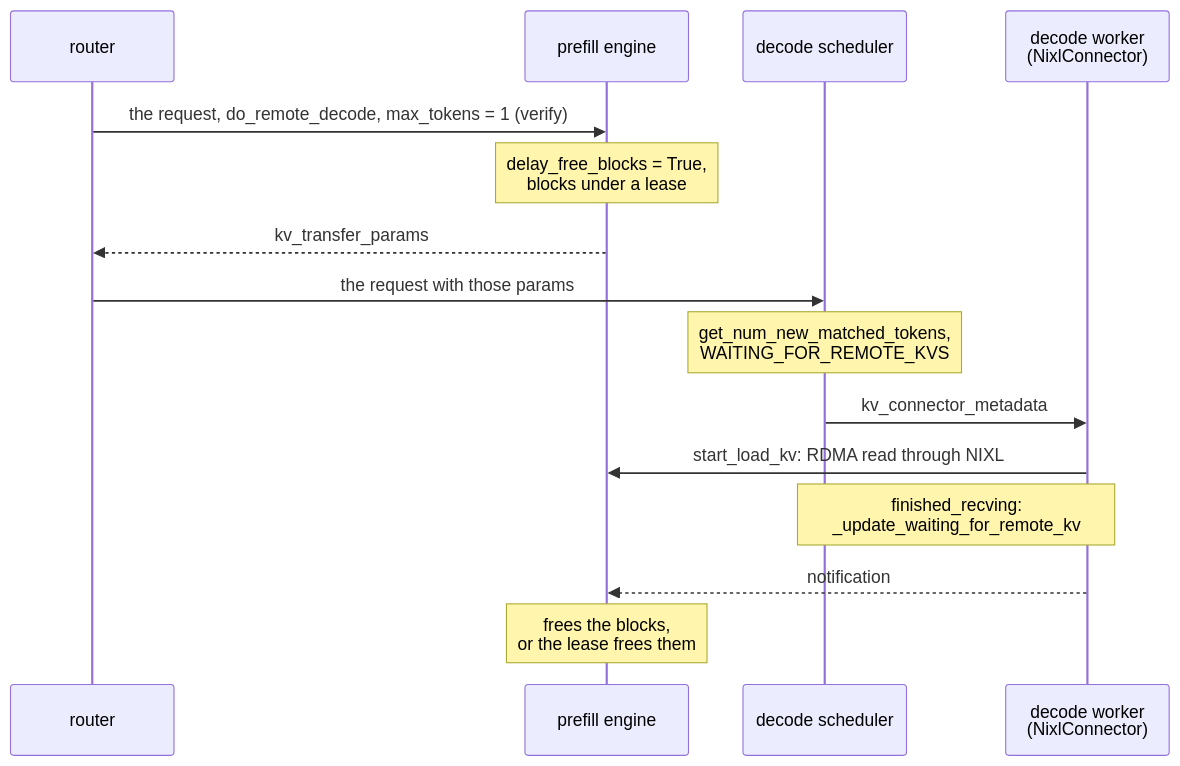
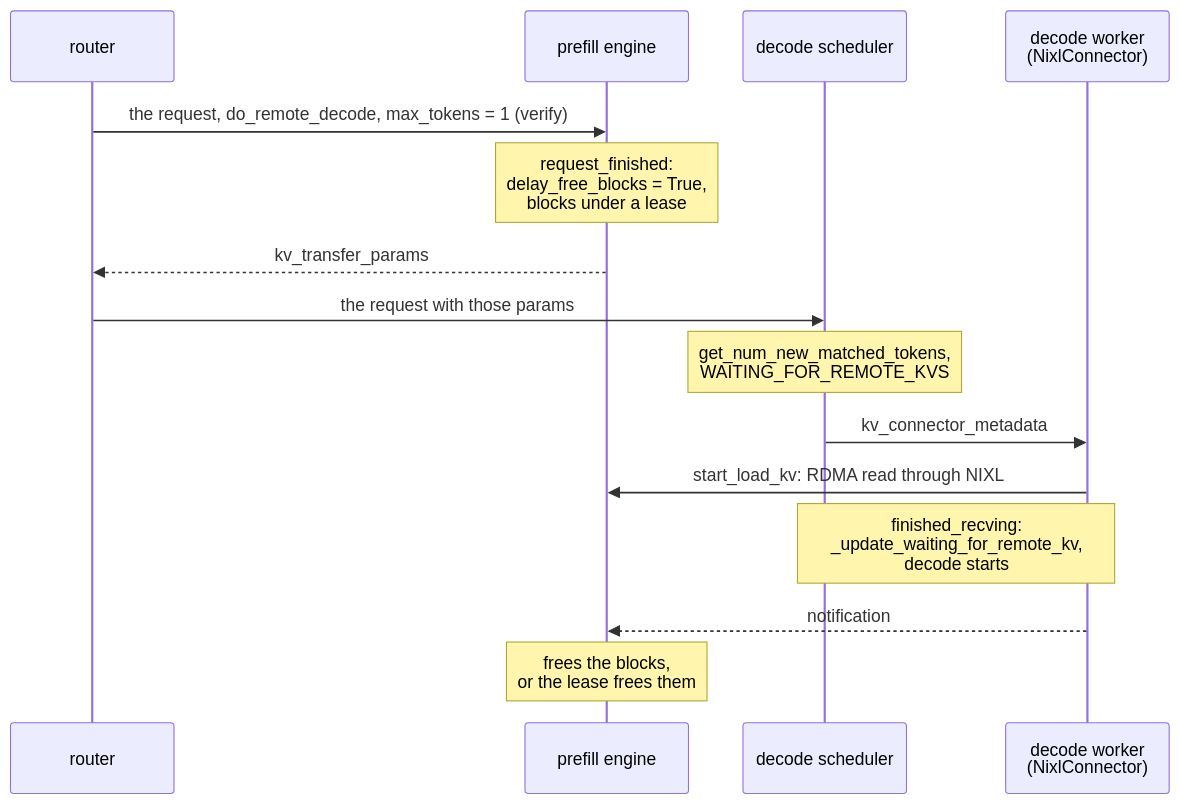
The fourth of 5 diagrams in 04-inference-engine/vllm-internals/vllm-internals-primer.md (aniryou/full-stack-agentic-engineer), drawn with Mermaid before and after one commit. The commit also changed other lines of this file and 105 other files, not shown here.

````diff
--- a/04-inference-engine/vllm-internals/vllm-internals-primer.md
+++ b/04-inference-engine/vllm-internals/vllm-internals-primer.md
@@ -1592,17 +1592,17 @@
 ```mermaid
 sequenceDiagram
     participant R as router
     participant P as prefill engine
     participant S as decode scheduler
     participant W as decode worker<br/>(NixlConnector)
     R->>P: the request, do_remote_decode, max_tokens = 1 (verify)
-    Note over P: delay_free_blocks = True,<br/>blocks under a lease
+    Note over P: request_finished:<br/>delay_free_blocks = True,<br/>blocks under a lease
     P-->>R: kv_transfer_params
     R->>S: the request with those params
     Note over S: get_num_new_matched_tokens,<br/>WAITING_FOR_REMOTE_KVS
     S->>W: kv_connector_metadata
     W->>P: start_load_kv: RDMA read through NIXL
-    Note over S,W: finished_recving:<br/>_update_waiting_for_remote_kv
+    Note over S,W: finished_recving:<br/>_update_waiting_for_remote_kv,<br/>decode starts
     W-->>P: notification
     Note over P: frees the blocks,<br/>or the lease frees them
 ```
````
